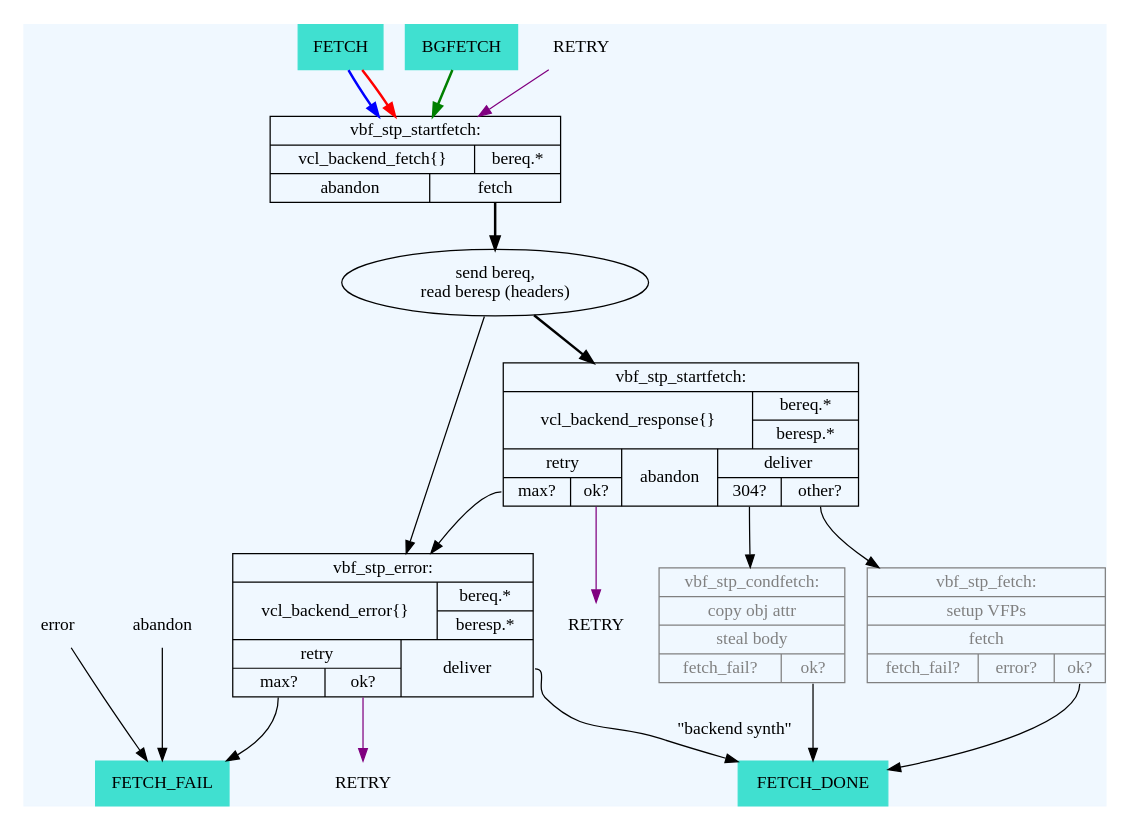
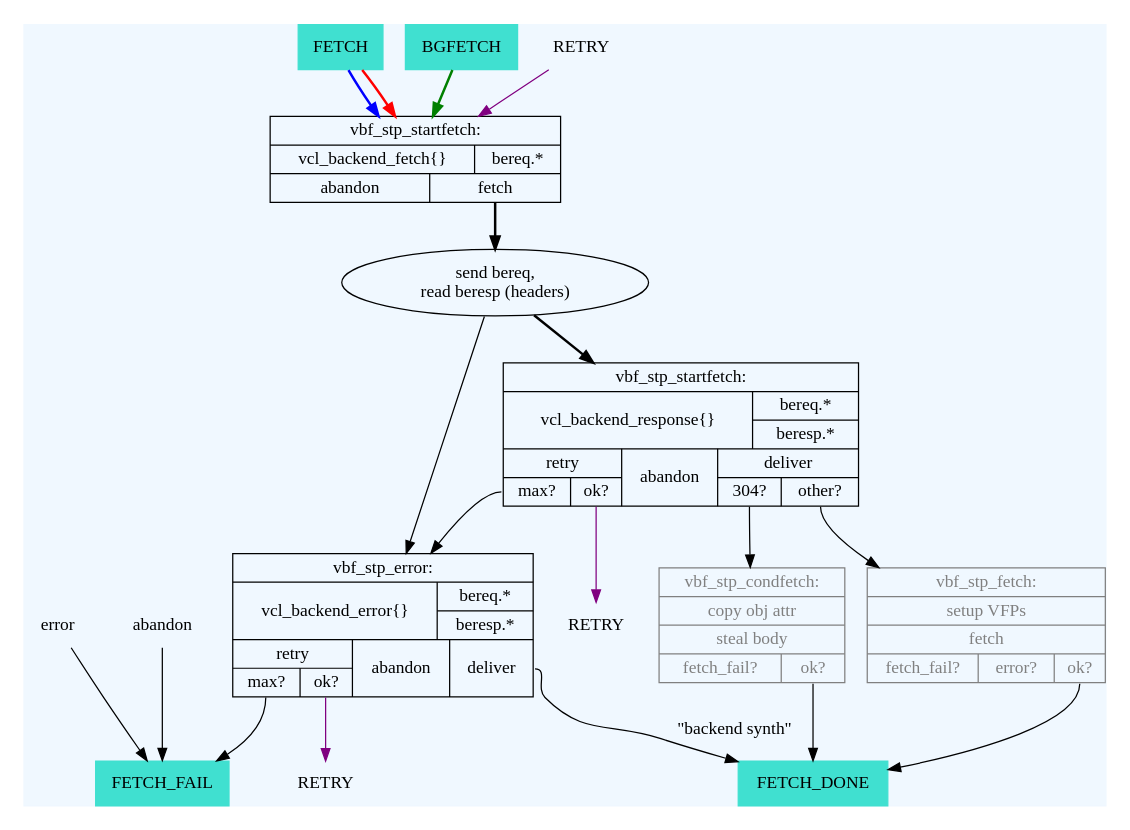
Before and after one commit to varnishcache/varnish-cache: the diagram in doc/graphviz/cache_fetch.dot, drawn with Graphviz.

Commit message:
It's possible to return abandon from v_b_e{} now

```diff
--- a/doc/graphviz/cache_fetch.dot
+++ b/doc/graphviz/cache_fetch.dot
@@ -1,101 +1,101 @@
 /*
  * we should format labels in a readable form like
  *			    label="
  *			    {vbf_stp_startfetch:|
  *				    {vcl_backend_fetch\{\}|bereq.*}|
  *				    {abandon|
  *					    <fetch>fetch}}"
  *
  * <rant>
  * ... but some servers in the v-c.o build farm use old graphviz 2.26.3
  * which cannot handle labels with additional whitespace properly, so
  * for the time being we need to fall back into dark middle ages and
  * use illegibly long lines
  * </rant>
  * -- slink 20141013
  */
 
 digraph cache_fetch {
 	margin="0.5"
 	center="1"
 
 	/*** cache_fetch.c ***/
 	subgraph cluster_backend {
 		style=filled
 		color=aliceblue
 		RETRY [shape=plaintext]
 		v_b_f_BGFETCH [label="BGFETCH",
 			       shape=box,
 			       style=filled,
 			       color=turquoise]
 		v_b_f_FETCH [label="FETCH",
 			       shape=box,
 			       style=filled,
 			       color=turquoise]
 		v_b_f_BGFETCH -> v_b_f [style=bold,color=green]
 		v_b_f_FETCH -> v_b_f [style=bold,color=blue]
 		v_b_f_FETCH -> v_b_f [style=bold,color=red]
 		RETRY -> v_b_f [color=purple]
 		/* vbf_stp_startfetch() */
 		v_b_f [
 			    shape=record
 			    label="{vbf_stp_startfetch:|{vcl_backend_fetch\{\}|bereq.*}|{abandon|<fetch>fetch}}"
 		]
 		v_b_f:fetch:s -> v_b_hdrs [style=bold]
 		v_b_hdrs [ label="send bereq,\nread beresp (headers)"]
 		v_b_hdrs -> v_b_r [style=bold]
 		v_b_hdrs -> v_b_e
 		v_b_r [
 			    shape=record
 			    label="{vbf_stp_startfetch:|{vcl_backend_response\{\}|{bereq.*|beresp.*}}|{{retry|{<max>max?|<retry>ok?}}|abandon|{deliver|{<fetch_304>304?|<non_304>other?}}}}"
 		]
 		v_b_r:retry -> v_b_r_retry [color=purple]
 		v_b_r:max -> v_b_e
 		v_b_r:fetch_304:s -> vbf_stp_condfetch
 		v_b_r:non_304:s -> vbf_stp_fetch
 
 		v_b_r_retry [label="RETRY",shape=plaintext]
 
 		vbf_stp_fetch [
 			       shape=record
 			       fontcolor=grey
 			       color=grey
 			       label="{vbf_stp_fetch:|setup VFPs|<fetch>fetch|{fetch_fail?|error?|<ok>ok?}}"
 			       ]
 		vbf_stp_fetch:ok:s -> FETCH_DONE
 
 		vbf_stp_condfetch [
 			       shape=record
 			       fontcolor=grey
 			       color=grey
 			       label="{vbf_stp_condfetch:|copy obj attr|steal body|{fetch_fail?|<ok>ok?}}"
 
 		]
 		vbf_stp_condfetch:ok:s -> FETCH_DONE
 
 		error [shape=plaintext]
 		error -> FETCH_FAIL
 
 		/* vbf_stp_error */
 		v_b_e [
 			    shape=record
-			    label="{vbf_stp_error:|{vcl_backend_error\{\}|{bereq.*|beresp.*}}|{{retry|{<max>max?|<retry>ok?}}|<deliver>deliver}}}"
+			    label="{vbf_stp_error:|{vcl_backend_error\{\}|{bereq.*|beresp.*}}|{{retry|{<max>max?|<retry>ok?}}|abandon|<deliver>deliver}}}"
 			    ]
 		// v_b_e:deliver aka "backend synth" - goes into cache
 		v_b_e:deliver -> FETCH_DONE [label="\"backend synth\""]
 		v_b_e:retry -> v_b_e_retry [color=purple]
 		v_b_e_retry [label="RETRY",shape=plaintext]
 		v_b_e:max:s -> FETCH_FAIL
 
 		v_b_e_retry [label="RETRY",shape=plaintext]
 
 		FETCH_DONE [label="FETCH_DONE",
 			    shape=box,style=filled,color=turquoise]
 
 		abandon [shape=plaintext]
 		abandon -> FETCH_FAIL
 		// F_STP_FAIL
 		FETCH_FAIL [label="FETCH_FAIL",
 			    shape=box,style=filled,color=turquoise]
 	}
 }
```
